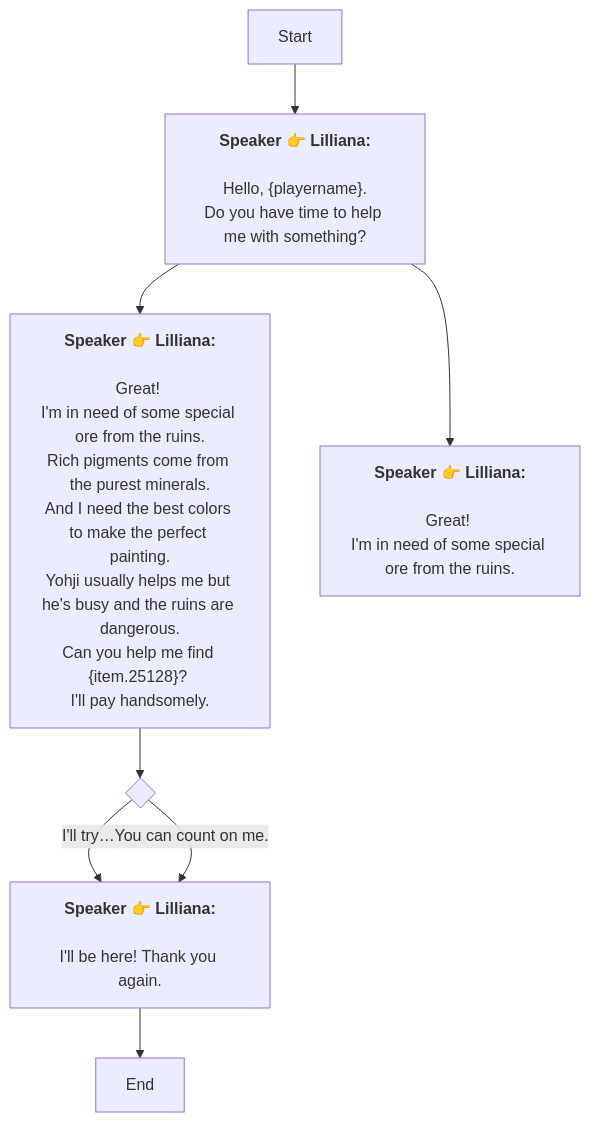
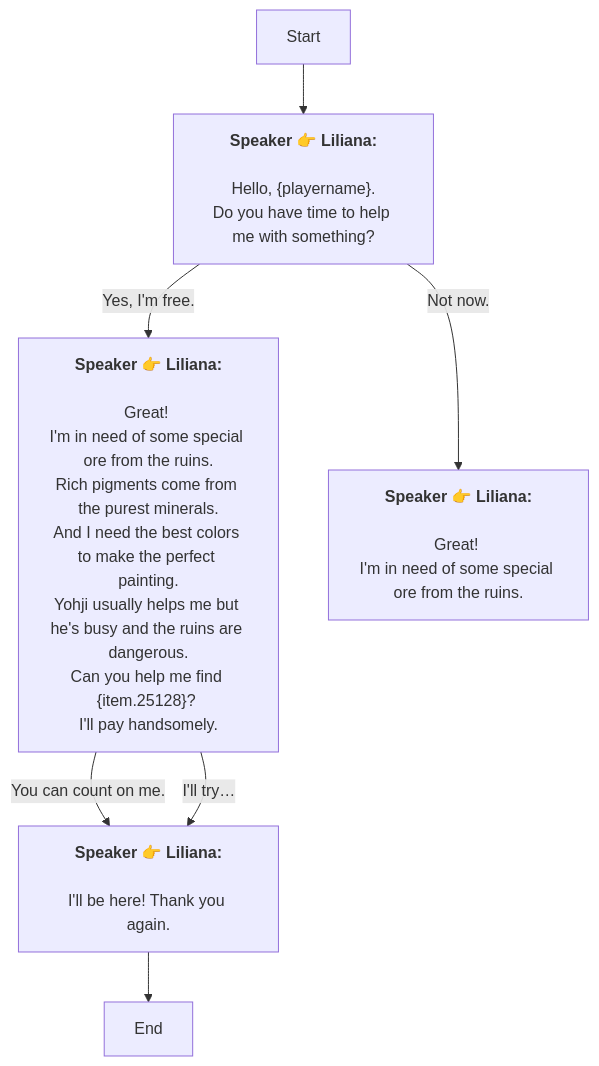
One commit to SoftHu/tos_avg changed the diagram in En/Dialog_55274881943531.md. Above: the diagram before and after it, drawn with Mermaid. The commit also changed 737 other files, not shown here.

````diff
--- a/En/Dialog_55274881943531.md
+++ b/En/Dialog_55274881943531.md
@@ -1,29 +1,20 @@
 ```mermaid
 graph
-Start -->1768796755592191[<b>Speaker 👉 Lilliana:</b>
-
-Hello, &lbrace;playername&rbrace;.
+Start -->1768796755592191[<b>Speaker 👉 Liliana:</b>
+\nHello, &lbrace;playername&rbrace;.
 Do you have time to help me with something?]
-1768796755592191 -->1768799370779653[<b>Speaker 👉 Lilliana:</b>
-
-Great! 
-I'm in need of some special ore from the ruins.
-Rich pigments come from the purest minerals.
-And I need the best colors to make the perfect painting.
-Yohji usually helps me but he's busy and the ruins are dangerous.
-Can you help me find &lbrace;item.25128&rbrace;? 
+1768796755592191 -->|Yes, I'm free.|1768799370779653[<b>Speaker 👉 Liliana:</b>
+\nGreat! 
+I'm in need of some special ore from the ruins.\nRich pigments come from the purest minerals.
+And I need the best colors to make the perfect painting.\nYohji usually helps me but he's busy and the ruins are dangerous.\nCan you help me find &lbrace;item.25128&rbrace;? 
 I'll pay handsomely.]
-1768796755592191 -->1768801758507014[<b>Speaker 👉 Lilliana:</b>
-
-Great! 
+1768796755592191 -->|Not now.|1768801758507014[<b>Speaker 👉 Liliana:</b>
+\nGreat! 
 I'm in need of some special ore from the ruins.]
-1768799370779653 -->1768801846319116{ }
-1768801846319116 -->|I'll try…|1768801864766477[<b>Speaker 👉 Lilliana:</b>
-
-I'll be here! Thank you again.]
-1768801846319116 -->|You can count on me.|1768801864766477[<b>Speaker 👉 Lilliana:</b>
-
-I'll be here! Thank you again.]
+1768799370779653 -->|You can count on me.|1768801864766477[<b>Speaker 👉 Liliana:</b>
+\nI'll be here! Thank you again.]
+1768799370779653 -->|I'll try…|1768801864766477[<b>Speaker 👉 Liliana:</b>
+\nI'll be here! Thank you again.]
 1768801864766477 -->1768796745671678[End]
 
- ```
+```
````
